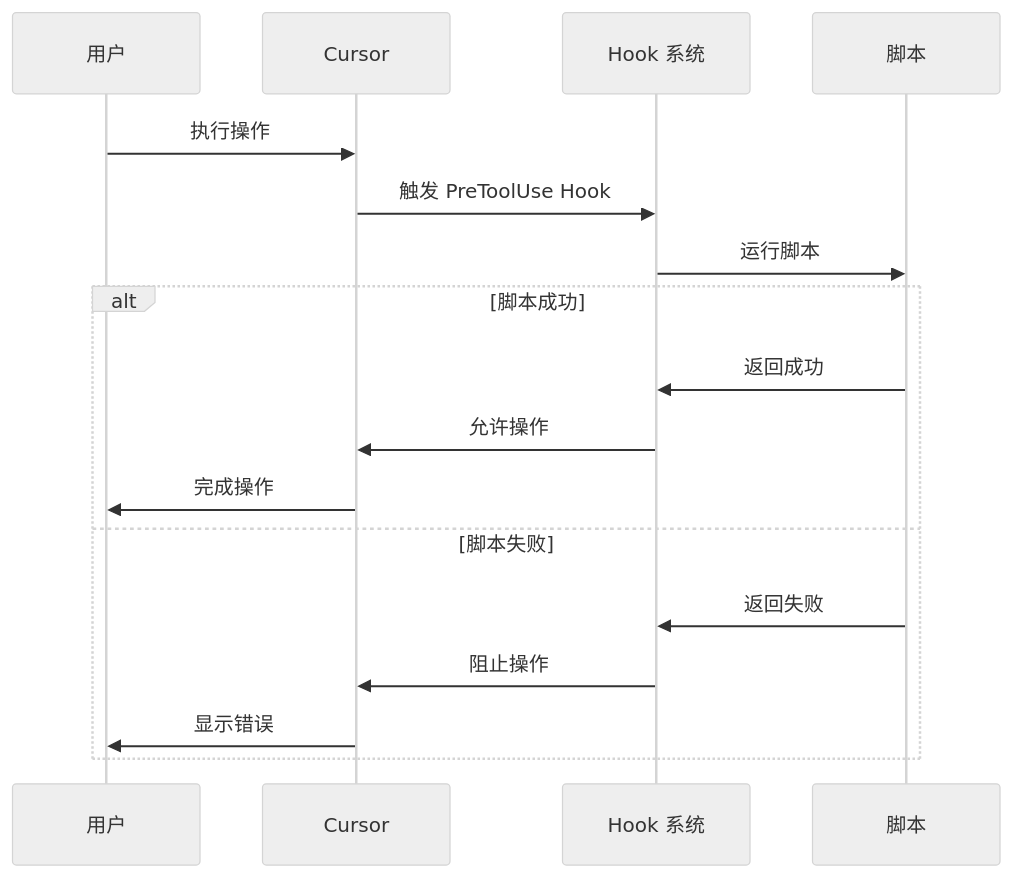
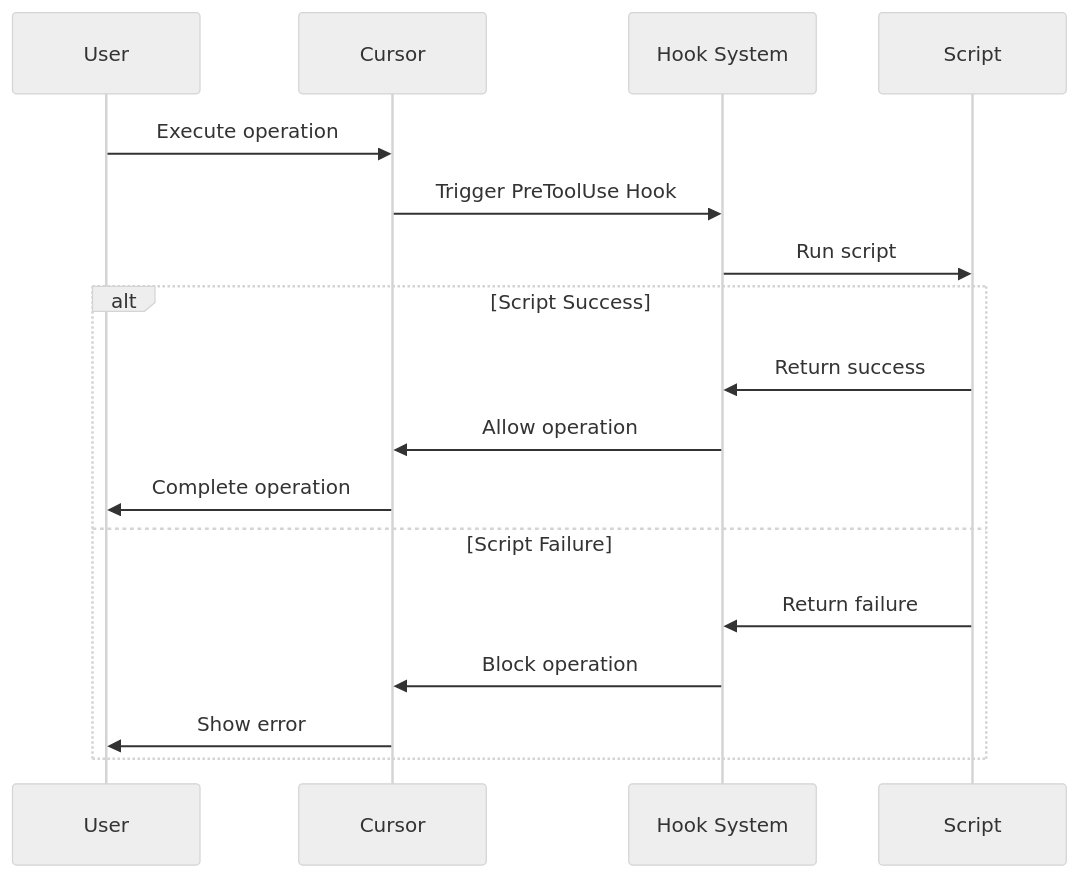
Before and after one commit to DDR187/cursor-howto: the second of 2 diagrams in 11-hooks/README.md, drawn with Mermaid (neutral theme). The commit also changed other lines of this file and 22 other files, not shown here.

````diff
--- a/11-hooks/README.md
+++ b/11-hooks/README.md
@@ -41,21 +41,21 @@
 ```mermaid
 sequenceDiagram
-    participant U as 用户
+    participant U as User
     participant C as Cursor
-    participant H as Hook 系统
-    participant S as 脚本
+    participant H as Hook System
+    participant S as Script
     
-    U->>C: 执行操作
-    C->>H: 触发 PreToolUse Hook
-    H->>S: 运行脚本
+    U->>C: Execute operation
+    C->>H: Trigger PreToolUse Hook
+    H->>S: Run script
     
-    alt 脚本成功
-        S->>H: 返回成功
-        H->>C: 允许操作
-        C->>U: 完成操作
-    else 脚本失败
-        S->>H: 返回失败
-        H->>C: 阻止操作
-        C->>U: 显示错误
+    alt Script Success
+        S->>H: Return success
+        H->>C: Allow operation
+        C->>U: Complete operation
+    else Script Failure
+        S->>H: Return failure
+        H->>C: Block operation
+        C->>U: Show error
     end
 ```
````
